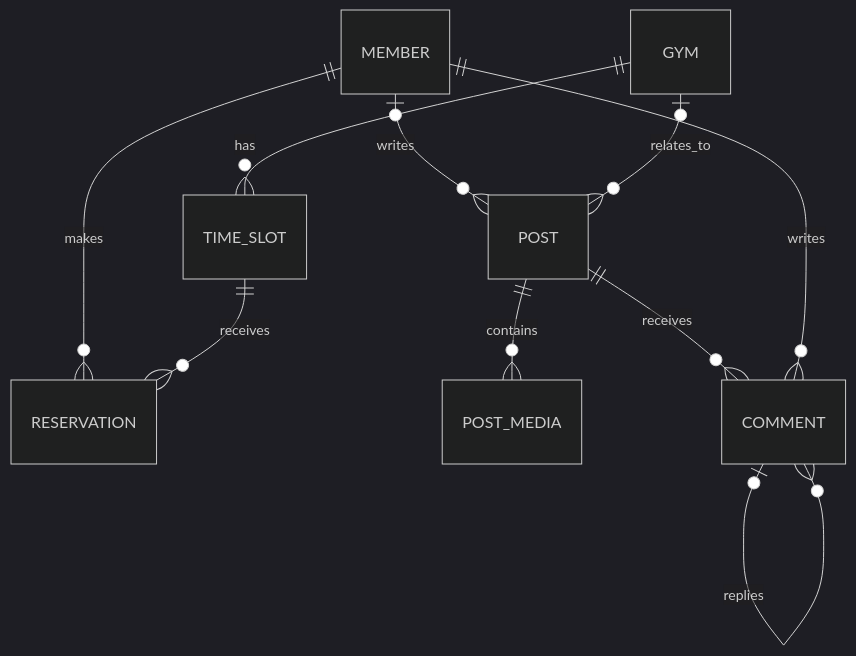
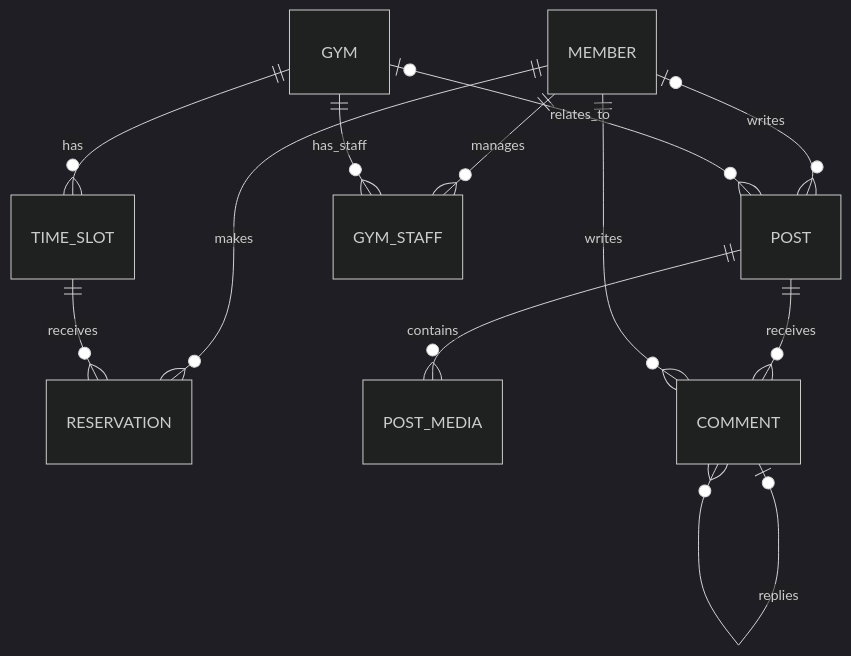
The second of 2 diagrams in 토이프로젝트_저장소/Project_info.md (icoo08217/climber_Hub), drawn with Mermaid (dark theme) before and after one commit. The commit also changed other lines of this file and 39 other files, not shown here.

````diff
--- a/토이프로젝트_저장소/Project_info.md
+++ b/토이프로젝트_저장소/Project_info.md
@@ -133,12 +182,14 @@
 ```mermaid
 erDiagram
     MEMBER ||--o{ RESERVATION : makes
     GYM ||--o{ TIME_SLOT : has
     TIME_SLOT ||--o{ RESERVATION : receives
     MEMBER o|--o{ POST : writes
     GYM o|--o{ POST : relates_to
     POST ||--o{ POST_MEDIA : contains
     POST ||--o{ COMMENT : receives
     MEMBER ||--o{ COMMENT : writes
     COMMENT o|--o{ COMMENT : replies
+    MEMBER ||--o{ GYM_STAFF : manages
+    GYM ||--o{ GYM_STAFF : has_staff
 ```
````
